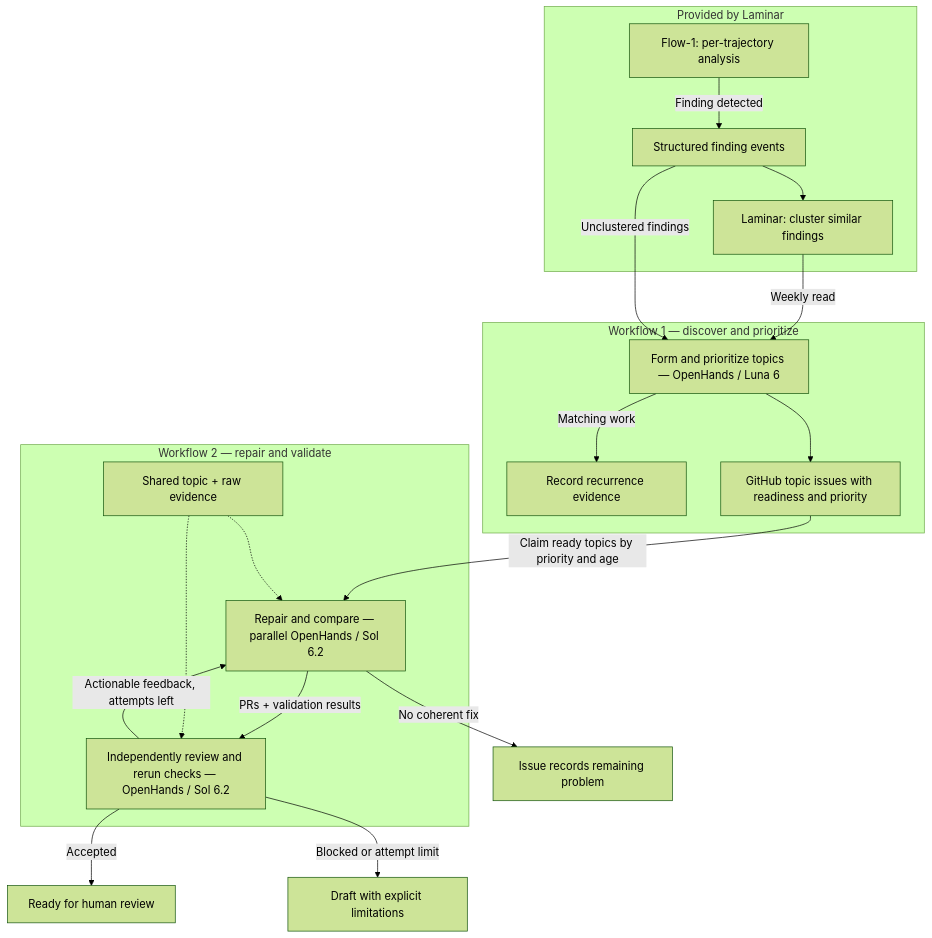
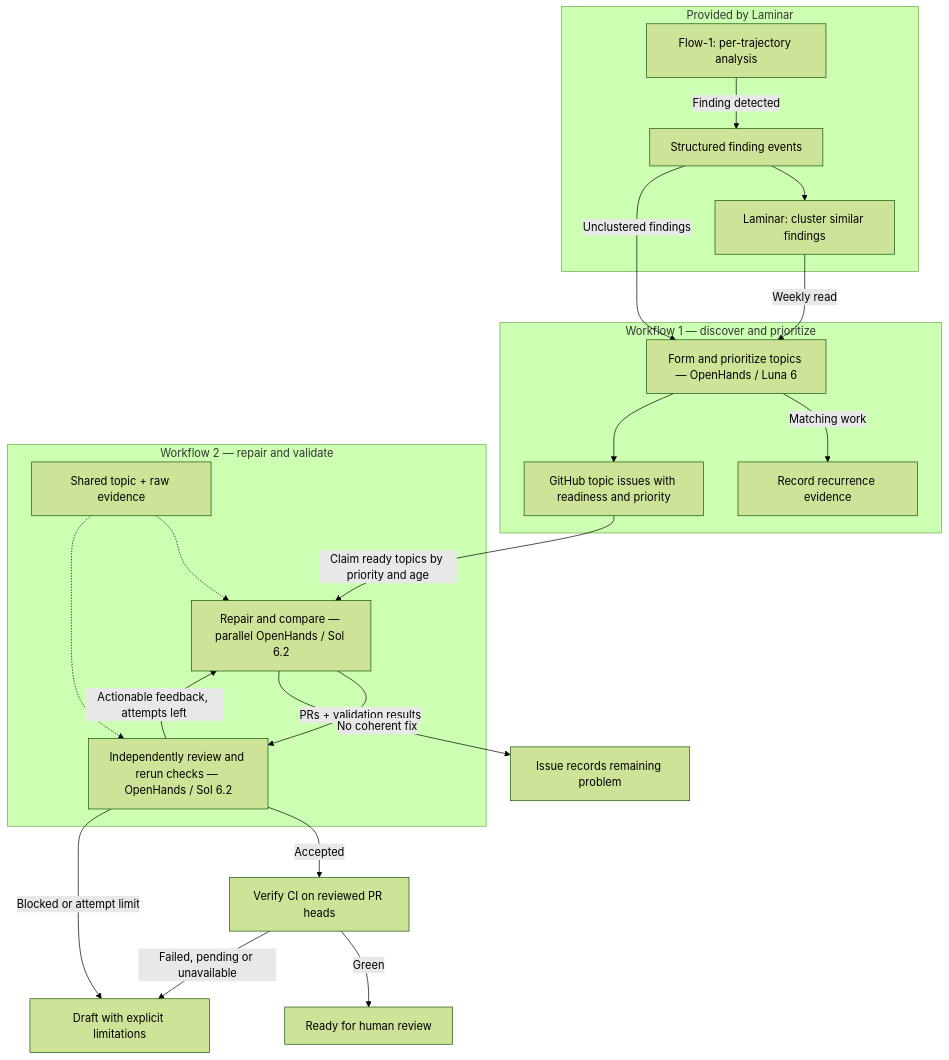
Before and after one commit to OpenHands/oss-agent-canvas: the second of 2 diagrams in automations/weekly-automation-improvement/HOW_IT_WORKS.md, drawn with Mermaid (forest theme). The commit also changed other lines of this file and 2 other files, not shown here.

Commit message:
Document destination guides and the CI readiness gate

````diff
--- a/automations/weekly-automation-improvement/HOW_IT_WORKS.md
+++ b/automations/weekly-automation-improvement/HOW_IT_WORKS.md
@@ -42,30 +42,32 @@
 ```mermaid
 flowchart TD
     subgraph laminar["Provided by Laminar"]
         flow["Flow-1: per-trajectory analysis"]
         events["Structured finding events"]
         clusters["Laminar: cluster similar findings"]
         flow -->|Finding detected| events
         events --> clusters
     end
     subgraph preparation["Workflow 1 — discover and prioritize"]
         triage["Form and prioritize topics — OpenHands / Luna 6"]
         triage -->|Matching work| recurrence["Record recurrence evidence"]
         triage --> issues["GitHub topic issues with readiness and priority"]
     end
     subgraph repairs["Workflow 2 — repair and validate"]
         repair["Repair and compare — parallel OpenHands / Sol 6.2"]
         review["Independently review and rerun checks — OpenHands / Sol 6.2"]
         context["Shared topic + raw evidence"]
         issues -->|Claim ready topics by priority and age| repair
         repair -->|PRs + validation results| review
         context -.-> repair
         context -.-> review
     end
     clusters -->|Weekly read| triage
     events -->|Unclustered findings| triage
     repair -->|No coherent fix| unresolved["Issue records remaining problem"]
     review -->|Actionable feedback, attempts left| repair
-    review -->|Accepted| ready["Ready for human review"]
-    review -->|Blocked or attempt limit| draft["Draft with explicit limitations"]
+    review -->|Accepted| ci["Verify CI on reviewed PR heads"]
+    ci -->|Green| ready["Ready for human review"]
+    ci -->|Failed, pending or unavailable| draft["Draft with explicit limitations"]
+    review -->|Blocked or attempt limit| draft
 ```
````
